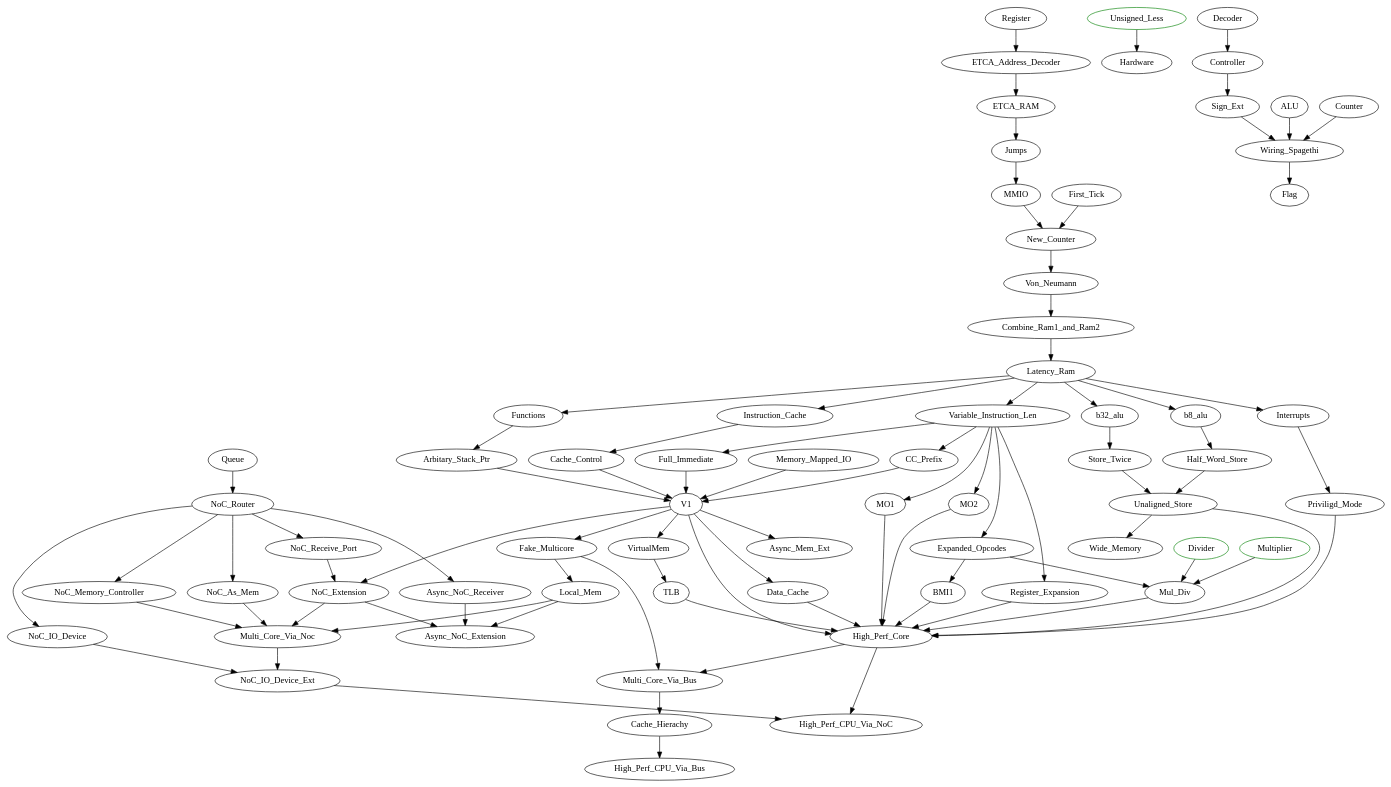
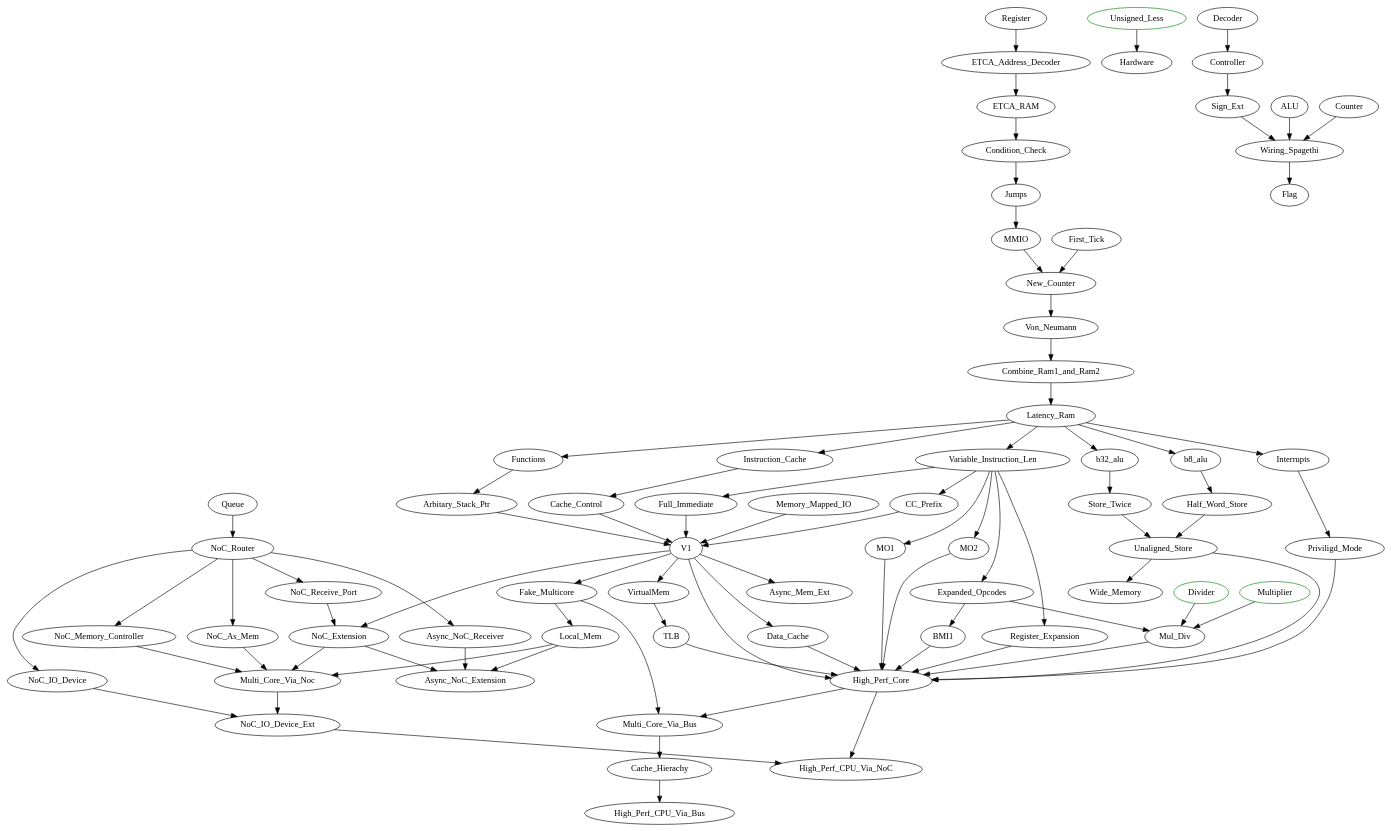
One commit to alex-s168/tc_campaign changed the diagram in TODO.dot. Above: the diagram before and after it, drawn with Graphviz. The commit also changed 15 other files, not shown here.

```diff
--- a/TODO.dot
+++ b/TODO.dot
@@ -1,56 +1,56 @@
 digraph G {
     // from the main game campaign
     Divider [color="green"]
     Multiplier [color="green"]
     Unsigned_Less [color="green"]
 
     Decoder -> Controller -> Sign_Ext
-    ALU, Sign_Ext, Counter -> Wiring_Spagethi -> Flag Register -> ETCA_Address_Decoder -> ETCA_RAM -> Jumps -> MMIO -> New_Counter
+    ALU, Sign_Ext, Counter -> Wiring_Spagethi -> Flag Register -> ETCA_Address_Decoder -> ETCA_RAM -> Condition_Check -> Jumps -> MMIO -> New_Counter
     First_Tick -> New_Counter
     New_Counter -> Von_Neumann -> Combine_Ram1_and_Ram2 -> Latency_Ram
 
     Latency_Ram -> Interrupts, Variable_Instruction_Len, Functions, b8_alu, b32_alu, Instruction_Cache
 
     Variable_Instruction_Len -> MO1, MO2, Register_Expansion
 
     Functions -> Arbitary_Stack_Ptr
 
     b8_alu -> Half_Word_Store
     b32_alu -> Store_Twice
 
     Half_Word_Store, Store_Twice -> Unaligned_Store
 
     Variable_Instruction_Len -> Full_Immediate, CC_Prefix, Expanded_Opcodes
     
     Multiplier, Expanded_Opcodes, Divider -> Mul_Div
 
     Expanded_Opcodes -> BMI1
 
     Interrupts -> Priviligd_Mode
 
     Instruction_Cache -> Cache_Control
     Full_Immediate, CC_Prefix, Memory_Mapped_IO, Arbitary_Stack_Ptr, Cache_Control -> V1
     V1 -> Data_Cache -> High_Perf_Core
     V1 -> VirtualMem -> TLB -> High_Perf_Core
     Priviligd_Mode, MO1, MO2, Register_Expansion, V1, BMI1, Mul_Div, Unaligned_Store -> High_Perf_Core
 
     Unaligned_Store -> Wide_Memory
 
     V1 -> Async_Mem_Ext
 
     Unsigned_Less -> Hardware Queue -> NoC_Router -> NoC_Receive_Port, Async_NoC_Receiver, NoC_Memory_Controller
     NoC_Receive_Port, V1 -> NoC_Extension
     V1 -> Fake_Multicore -> Local_Mem
     NoC_Extension, Async_NoC_Receiver, Local_Mem -> Async_NoC_Extension
 
     NoC_Router -> NoC_As_Mem
     NoC_Extension, Local_Mem, NoC_As_Mem, NoC_Memory_Controller -> Multi_Core_Via_Noc
     
     NoC_Router -> NoC_IO_Device
     Multi_Core_Via_Noc, NoC_IO_Device -> NoC_IO_Device_Ext
 
     NoC_IO_Device_Ext, High_Perf_Core -> High_Perf_CPU_Via_NoC
 
     High_Perf_Core -> Multi_Core_Via_Bus -> Cache_Hierachy -> High_Perf_CPU_Via_Bus
     Fake_Multicore -> Multi_Core_Via_Bus
 }
```
